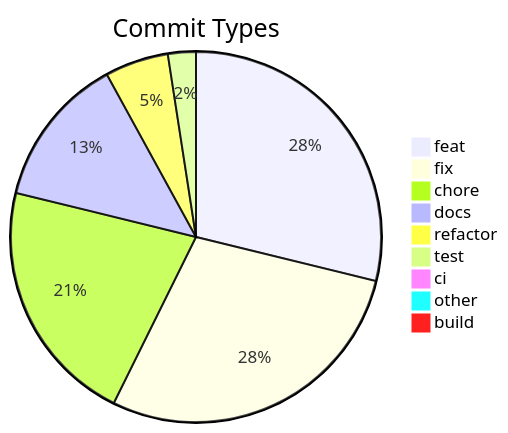
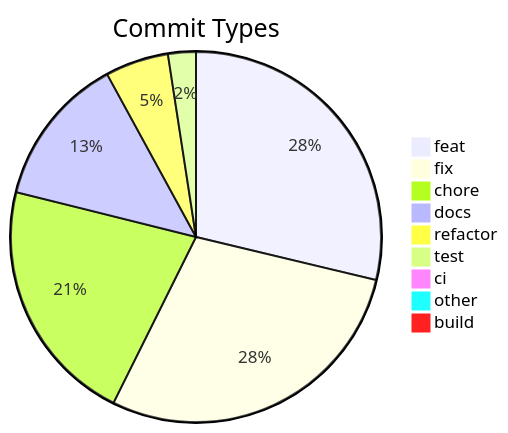
The diagram in .shipwright/compliance/change-history.md (svenroth-ai/shipwright), drawn with Mermaid before and after one commit. The commit also changed other lines of this file and 7 other files, not shown here.

````diff
--- a/.shipwright/compliance/change-history.md
+++ b/.shipwright/compliance/change-history.md
@@ -8,12 +8,12 @@
 ```mermaid
 pie title Commit Types
     "feat" : 260
-    "fix" : 257
-    "chore" : 194
+    "fix" : 259
+    "chore" : 195
     "docs" : 119
     "refactor" : 50
     "test" : 22
     "ci" : 7
     "other" : 7
     "build" : 1
 ```
````
